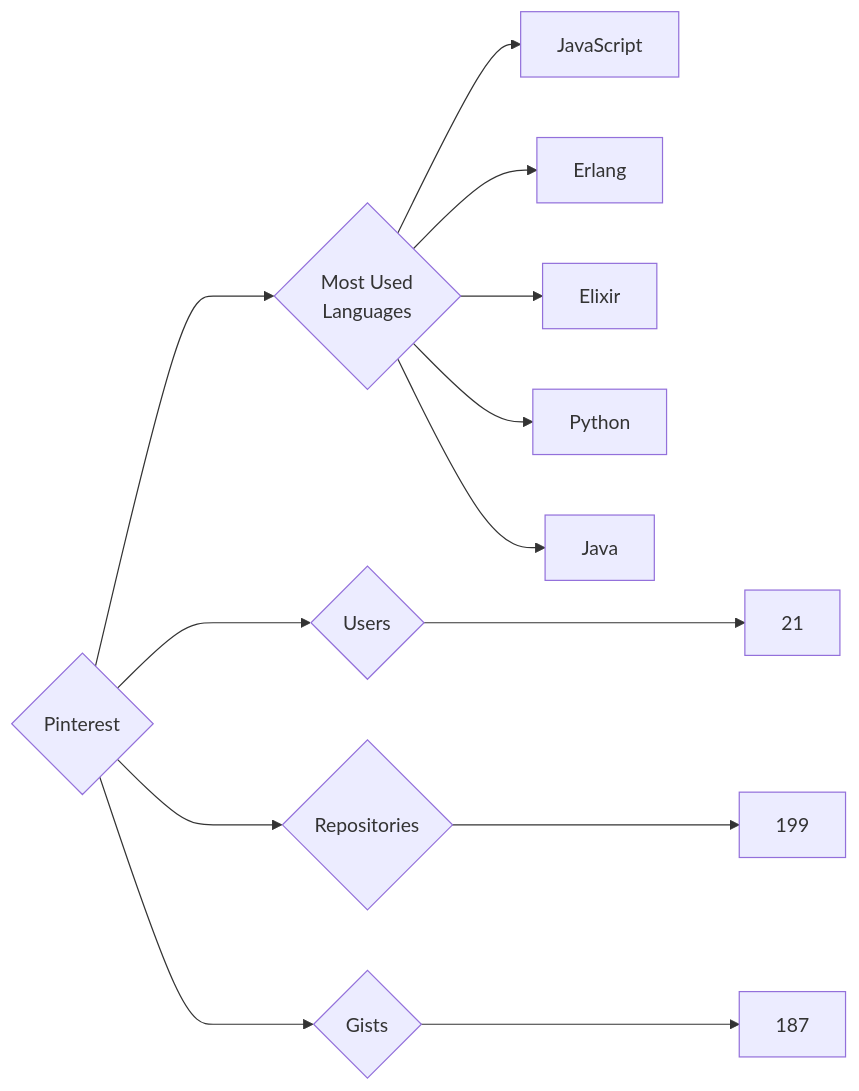
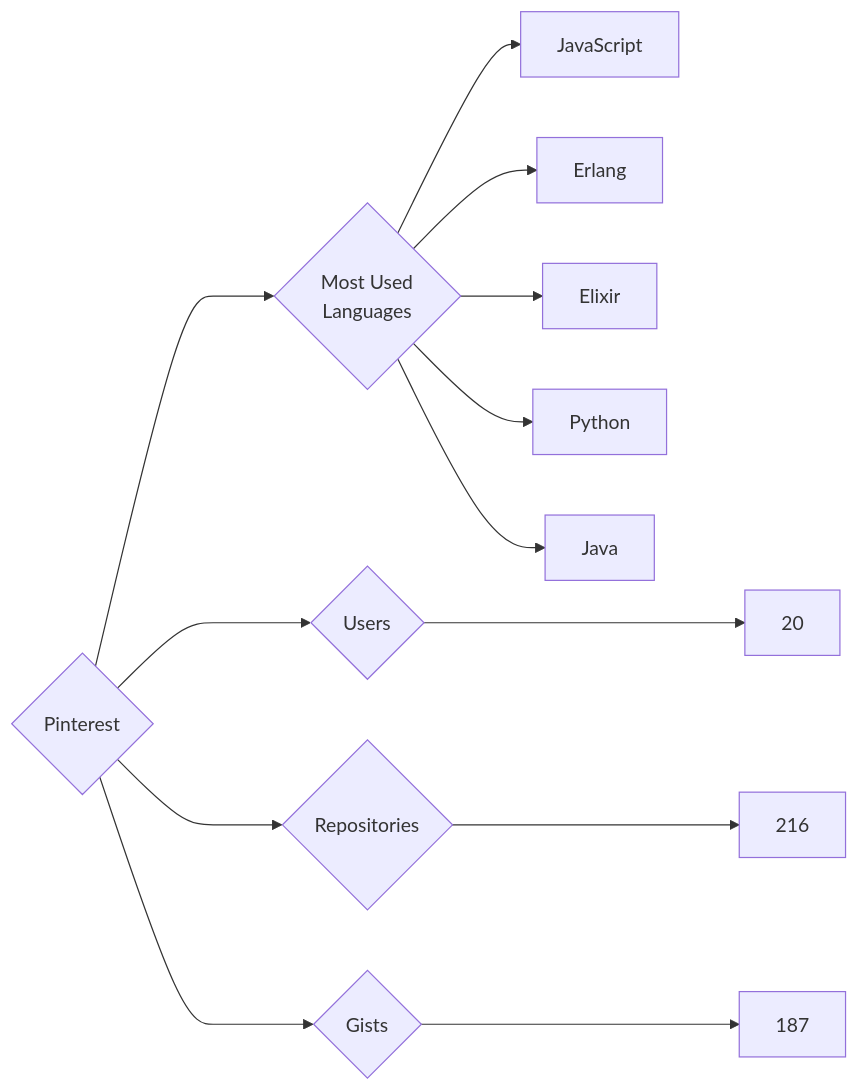
Before and after one commit to trickest/insiders: the diagram in targets/Pinterest/README.md, drawn with Mermaid. The commit also changed 1248 other files, not shown here.

````diff
--- a/targets/Pinterest/README.md
+++ b/targets/Pinterest/README.md
@@ -3,13 +3,13 @@
 ```mermaid
 graph LR
 COMPANY_NAME{Pinterest}
-COMPANY_NAME ---> U{Users} ---> UN[21]
-COMPANY_NAME ---> R{Repositories} ---> RN[199]
+COMPANY_NAME ---> U{Users} ---> UN[20]
+COMPANY_NAME ---> R{Repositories} ---> RN[216]
 COMPANY_NAME ---> G{Gists} ---> GN[187]
 COMPANY_NAME ---> ML{Most Used<br>Languages}
 ML --> JavaScript[JavaScript]
 ML --> Erlang[Erlang]
 ML --> Elixir[Elixir]
 ML --> Python[Python]
 ML --> Java[Java]
 ```
````
